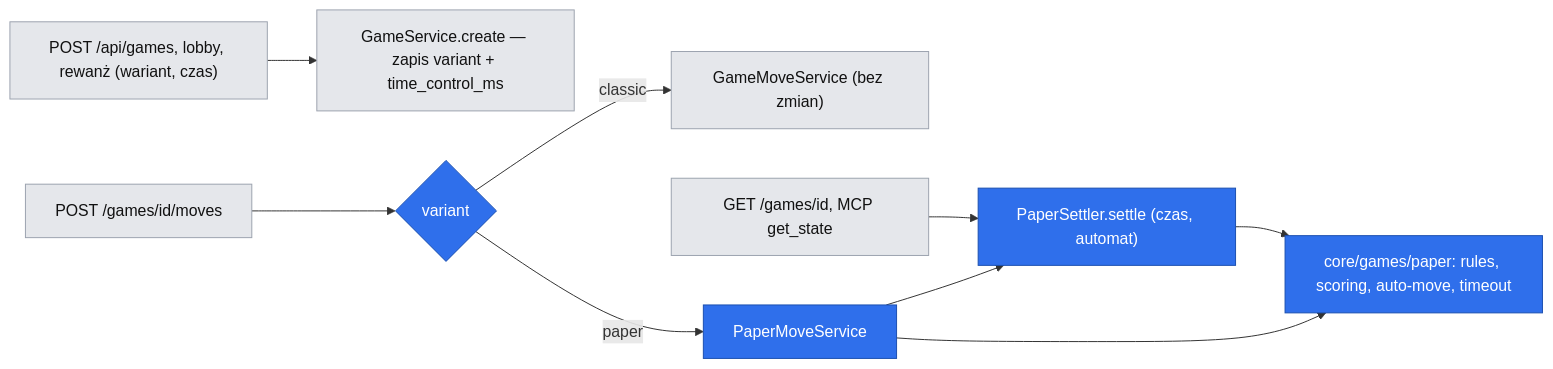
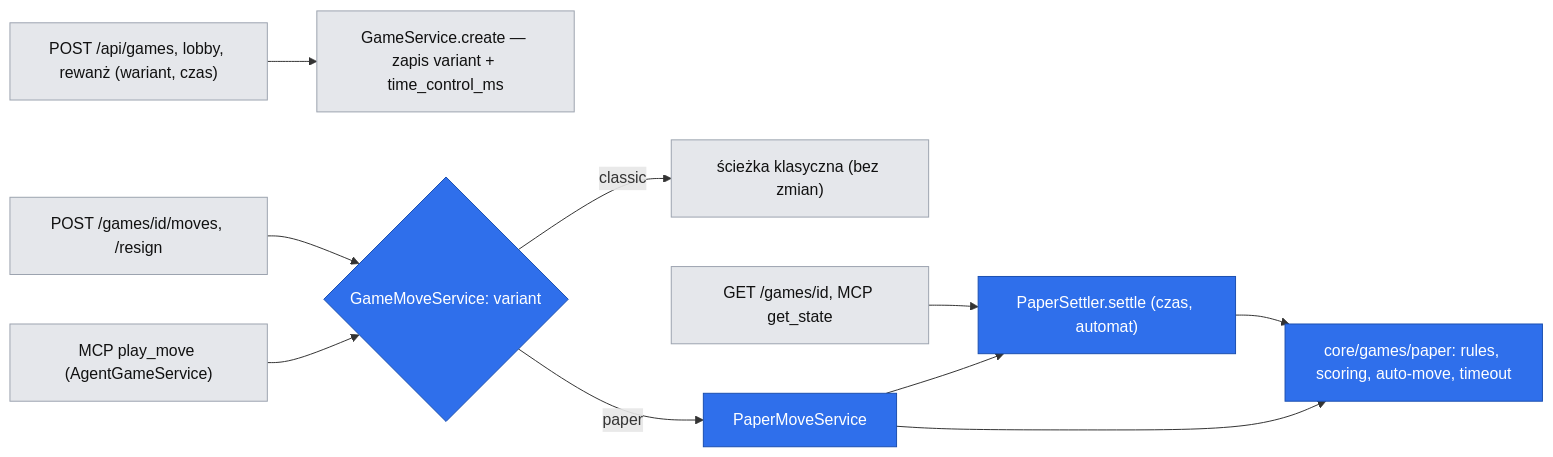
The first of 2 diagrams in .ai/specs/2026-11-02-paper-pencil-gomoku.md (bartoszmwojcik/ai_techleaders_gomoku), drawn with Mermaid before and after one commit. The commit also changed other lines of this file, not shown here.

````diff
--- a/.ai/specs/2026-11-02-paper-pencil-gomoku.md
+++ b/.ai/specs/2026-11-02-paper-pencil-gomoku.md
@@ -48,13 +53,14 @@
 ```mermaid
 flowchart LR
     classDef newNode fill:#2f6feb,color:#fff,stroke:#1b4fb0
     classDef existing fill:#e5e7eb,color:#111,stroke:#9ca3af
     n1["POST /api/games, lobby, rewanż (wariant, czas)"]:::existing --> n2["GameService.create — zapis variant + time_control_ms"]:::existing
-    n3["POST /games/id/moves"]:::existing --> n4{"variant"}:::newNode
-    n4 -->|classic| n5["GameMoveService (bez zmian)"]:::existing
+    n3["POST /games/id/moves, /resign"]:::existing --> n4{"GameMoveService: variant"}:::newNode
+    n10["MCP play_move (AgentGameService)"]:::existing --> n4
+    n4 -->|classic| n5["ścieżka klasyczna (bez zmian)"]:::existing
     n4 -->|paper| n6["PaperMoveService"]:::newNode
     n7["GET /games/id, MCP get_state"]:::existing --> n8["PaperSettler.settle (czas, automat)"]:::newNode
     n6 --> n8
     n8 --> n9["core/games/paper: rules, scoring, auto-move, timeout"]:::newNode
     n6 --> n9
 ```
````
